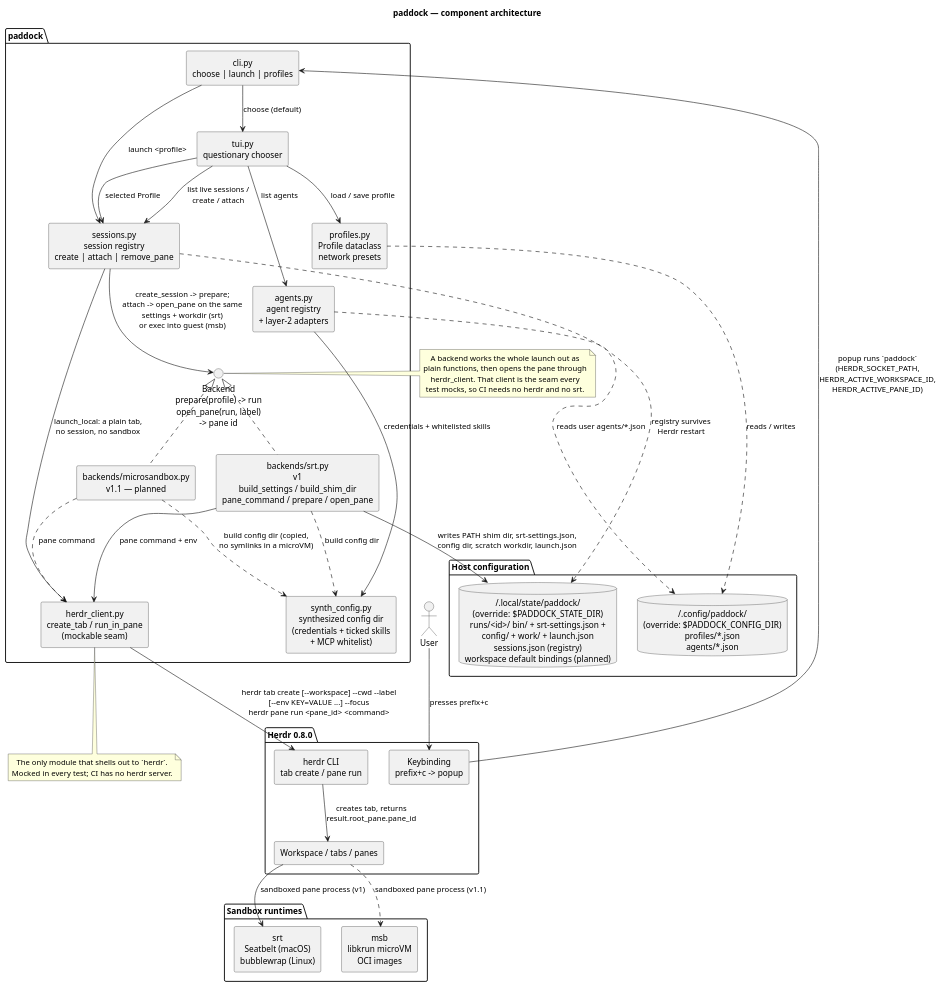
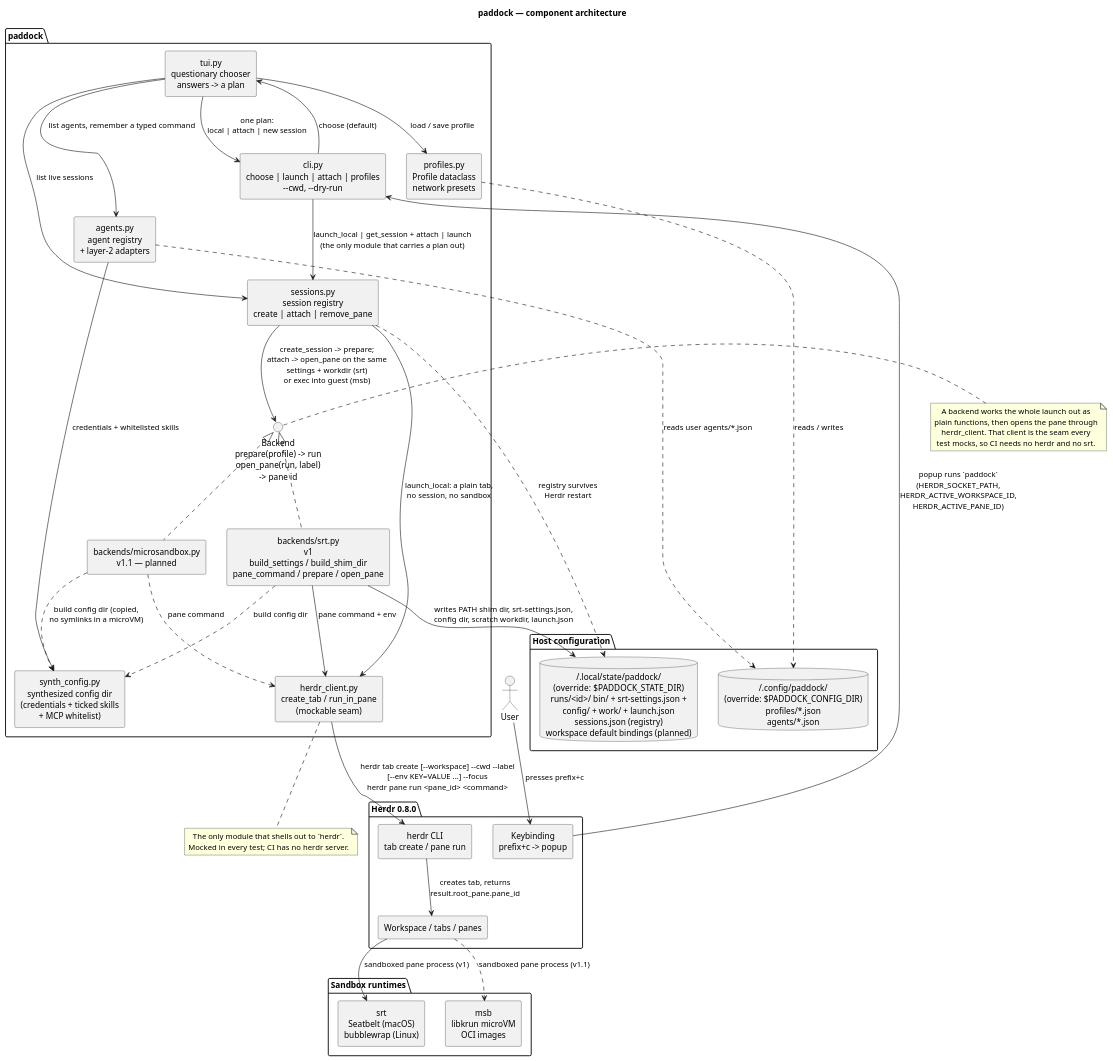
Before and after one commit to paddock-sh/paddock: the diagram in docs/diagrams/architecture.puml, drawn with PlantUML. The commit also changed 2 other files, not shown here.

Commit message:
docs: chooser flow diagram, module plan status

```diff
--- a/docs/diagrams/architecture.puml
+++ b/docs/diagrams/architecture.puml
@@ -1,80 +1,80 @@
 @startuml architecture
 title paddock — component architecture
 
 skinparam componentStyle rectangle
 skinparam shadowing false
 skinparam defaultTextAlignment center
 
 actor User
 
 package "Herdr 0.8.0" {
   [Keybinding\nprefix+c -> popup] as Keybinding
   [herdr CLI\ntab create / pane run] as HerdrCLI
   [Workspace / tabs / panes] as HerdrUI
 }
 
 package "paddock" {
-  [cli.py\nchoose | launch | profiles] as CLI
-  [tui.py\nquestionary chooser] as TUI
+  [cli.py\nchoose | launch | attach | profiles\n~--cwd, ~--dry-run] as CLI
+  [tui.py\nquestionary chooser\nanswers -> a plan] as TUI
   [sessions.py\nsession registry\ncreate | attach | remove_pane] as Sessions
   [profiles.py\nProfile dataclass\nnetwork presets] as Profiles
   [agents.py\nagent registry\n+ layer-2 adapters] as Agents
   [synth_config.py\nsynthesized config dir\n(credentials + ticked skills\n+ MCP whitelist)] as SynthConfig
   interface "Backend\nprepare(profile) -> run\nopen_pane(run, label)\n-> pane id" as BackendAPI
   [backends/srt.py\nv1\nbuild_settings / build_shim_dir\npane_command / prepare / open_pane] as SrtBackend
   [backends/microsandbox.py\nv1.1 — planned] as MsbBackend
   [herdr_client.py\ncreate_tab / run_in_pane\n(mockable seam)] as HerdrClient
 }
 
 package "Host configuration" {
   database "~/.config/paddock/\n(override: $PADDOCK_CONFIG_DIR)\nprofiles/*.json\nagents/*.json" as ConfigFiles
   database "~/.local/state/paddock/\n(override: $PADDOCK_STATE_DIR)\nruns/<id>/ bin/ + srt-settings.json +\nconfig/ + work/ + launch.json\nsessions.json (registry)\nworkspace default bindings (planned)" as RunDir
 }
 
 package "Sandbox runtimes" {
   [srt\nSeatbelt (macOS)\nbubblewrap (Linux)] as Srt
   [msb\nlibkrun microVM\nOCI images] as Msb
 }
 
 User --> Keybinding : presses prefix+c
 Keybinding --> CLI : popup runs `paddock`\n(HERDR_SOCKET_PATH,\nHERDR_ACTIVE_WORKSPACE_ID,\nHERDR_ACTIVE_PANE_ID)
 CLI --> TUI : choose (default)
+TUI --> CLI : one plan:\nlocal | attach | new session
 TUI --> Profiles : load / save profile
-TUI --> Agents : list agents
-TUI --> Sessions : list live sessions /\ncreate / attach
+TUI --> Agents : list agents, remember a typed command
+TUI --> Sessions : list live sessions
 Sessions ..> RunDir : registry survives\nHerdr restart
 Profiles ..> ConfigFiles : reads / writes
 Agents ..> ConfigFiles : reads user agents/*.json
 
-TUI --> Sessions : selected Profile
-CLI --> Sessions : launch <profile>
+CLI --> Sessions : launch_local | get_session + attach | launch\n(the only module that carries a plan out)
 BackendAPI <|.. SrtBackend
 BackendAPI <|.. MsbBackend
 
 SrtBackend --> RunDir : writes PATH shim dir, srt-settings.json,\nconfig dir, scratch workdir, launch.json
 Sessions --> BackendAPI : create_session -> prepare;\nattach -> open_pane on the same\nsettings + workdir (srt)\nor exec into guest (msb)
 Sessions --> HerdrClient : launch_local: a plain tab,\nno session, no sandbox
 SrtBackend ..> SynthConfig : build config dir
 MsbBackend ..> SynthConfig : build config dir (copied,\nno symlinks in a microVM)
 Agents --> SynthConfig : credentials + whitelisted skills
 
 SrtBackend --> HerdrClient : pane command + env
 MsbBackend ..> HerdrClient : pane command
 HerdrClient --> HerdrCLI : herdr tab create [~--workspace] ~--cwd ~--label\n[~--env KEY=VALUE ...] ~--focus\nherdr pane run <pane_id> <command>
 HerdrCLI --> HerdrUI : creates tab, returns\nresult.root_pane.pane_id
 HerdrUI --> Srt : sandboxed pane process (v1)
 HerdrUI ..> Msb : sandboxed pane process (v1.1)
 
 note right of BackendAPI
   A backend works the whole launch out as
   plain functions, then opens the pane through
   herdr_client. That client is the seam every
   test mocks, so CI needs no herdr and no srt.
 end note
 
 note bottom of HerdrClient
   The only module that shells out to `herdr`.
   Mocked in every test; CI has no herdr server.
 end note
 
 @enduml
```
